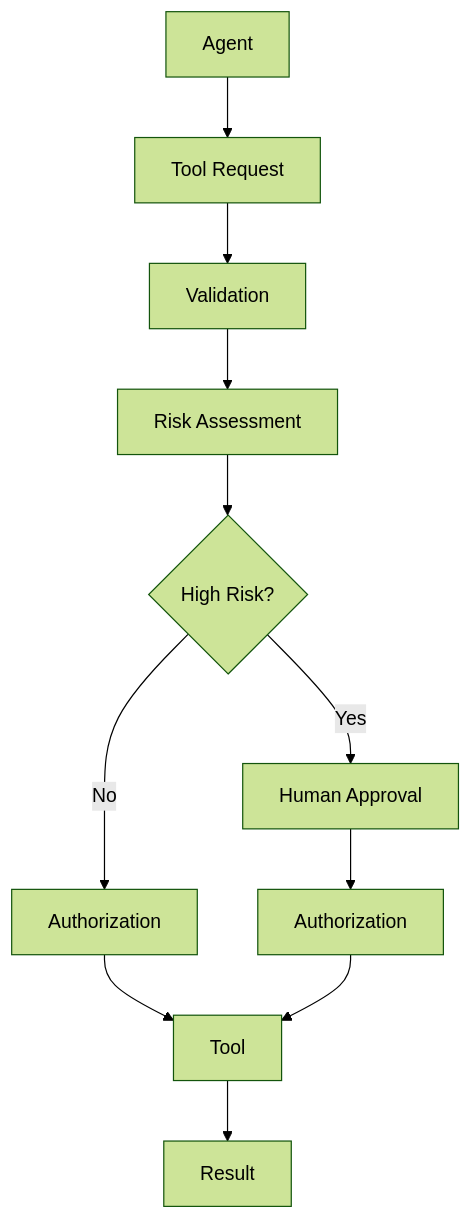
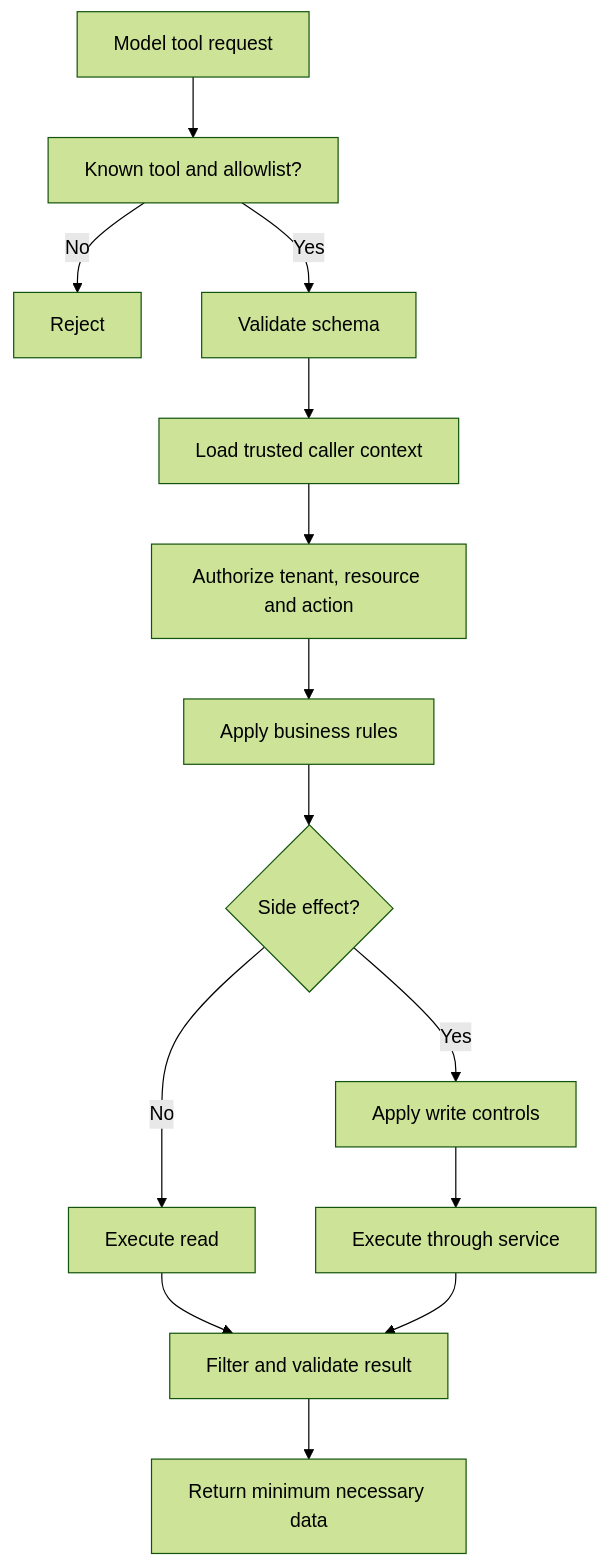
The third of 5 diagrams in docs/08-ai-engineering-frameworks/langgraph/22-langgraph-tool-execution.md (MihirKJha/enterprise-ai-engineering-handbook), drawn with Mermaid (forest theme) before and after one commit. The commit also changed other lines of this file and 10 other files, not shown here.

````diff
--- a/docs/08-ai-engineering-frameworks/langgraph/22-langgraph-tool-execution.md
+++ b/docs/08-ai-engineering-frameworks/langgraph/22-langgraph-tool-execution.md
@@ -1765,23 +206,16 @@
 ```mermaid
 flowchart TD
-
-    A[Agent] --> B[Tool Request]
-
-    B --> C[Validation]
-
-    C --> D[Risk Assessment]
-
-    D --> E{High Risk?}
-
-    E -->|No| F[Authorization]
-
-    E -->|Yes| G[Human Approval]
-
-    G --> H[Authorization]
-
-    F --> I[Tool]
-
-    H --> I
-
-    I --> J[Result]
+    A[Model tool request] --> B[Known tool and allowlist?]
+    B -->|No| X[Reject]
+    B -->|Yes| C[Validate schema]
+    C --> D[Load trusted caller context]
+    D --> E[Authorize tenant, resource and action]
+    E --> F[Apply business rules]
+    F --> G{Side effect?}
+    G -->|No| H[Execute read]
+    G -->|Yes| I[Apply write controls]
+    I --> J[Execute through service]
+    H --> K[Filter and validate result]
+    J --> K
+    K --> L[Return minimum necessary data]
 ```
````
